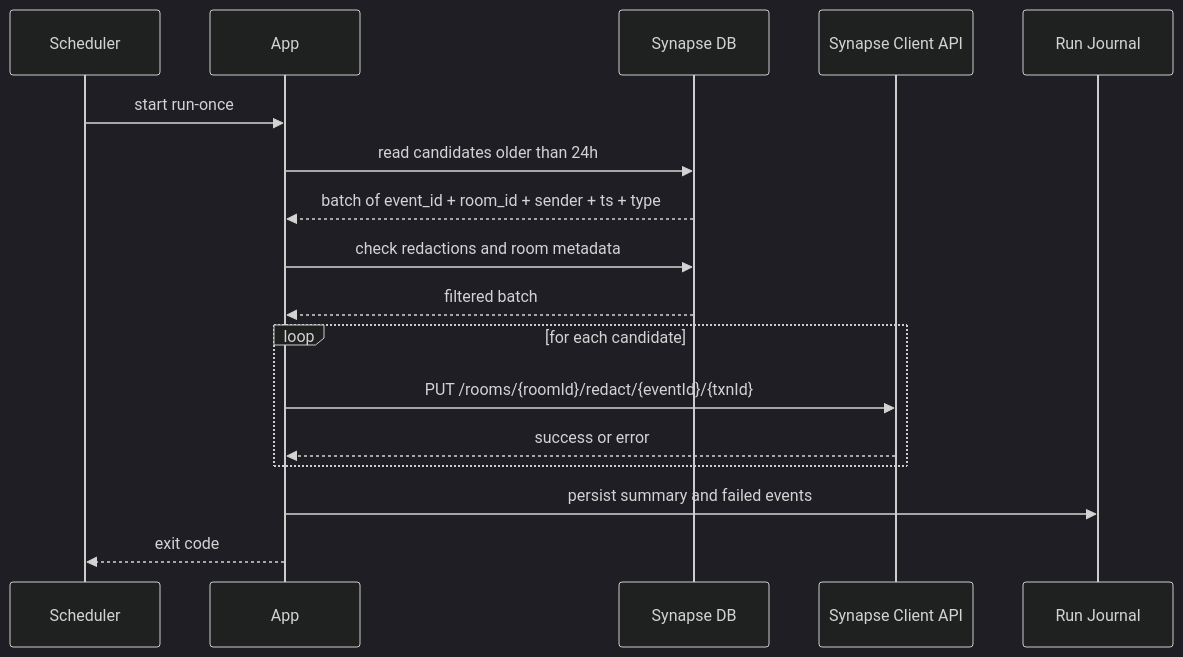
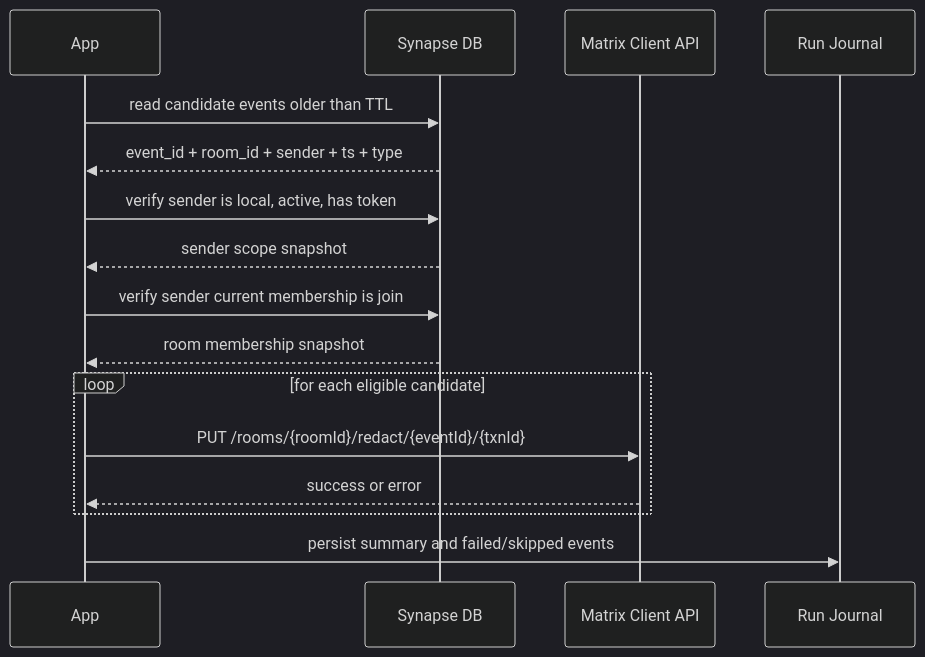
Before and after one commit to Hudrolax/europeya.matrix-redactor: the second of 2 diagrams in docs/architecture.md, drawn with Mermaid (dark theme). The commit also changed other lines of this file and 21 other files, not shown here.

Commit message:
Skip redactions when sender left room

````diff
--- a/docs/architecture.md
+++ b/docs/architecture.md
@@ -145,20 +100,19 @@
 ```mermaid
 sequenceDiagram
-    participant S as Scheduler
     participant A as App
     participant D as Synapse DB
-    participant M as Synapse Client API
+    participant M as Matrix Client API
     participant J as Run Journal
 
-    S->>A: start run-once
-    A->>D: read candidates older than 24h
-    D-->>A: batch of event_id + room_id + sender + ts + type
-    A->>D: check redactions and room metadata
-    D-->>A: filtered batch
-    loop for each candidate
+    A->>D: read candidate events older than TTL
+    D-->>A: event_id + room_id + sender + ts + type
+    A->>D: verify sender is local, active, has token
+    D-->>A: sender scope snapshot
+    A->>D: verify sender current membership is join
+    D-->>A: room membership snapshot
+    loop for each eligible candidate
         A->>M: PUT /rooms/{roomId}/redact/{eventId}/{txnId}
         M-->>A: success or error
     end
-    A->>J: persist summary and failed events
-    A-->>S: exit code
+    A->>J: persist summary and failed/skipped events
 ```
````
